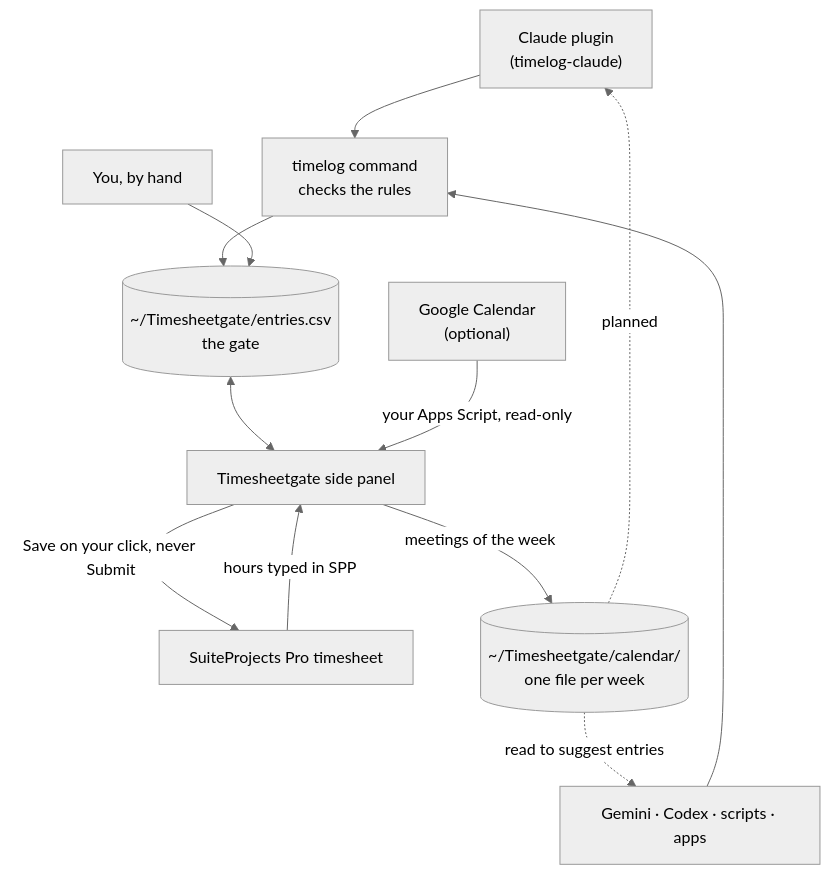
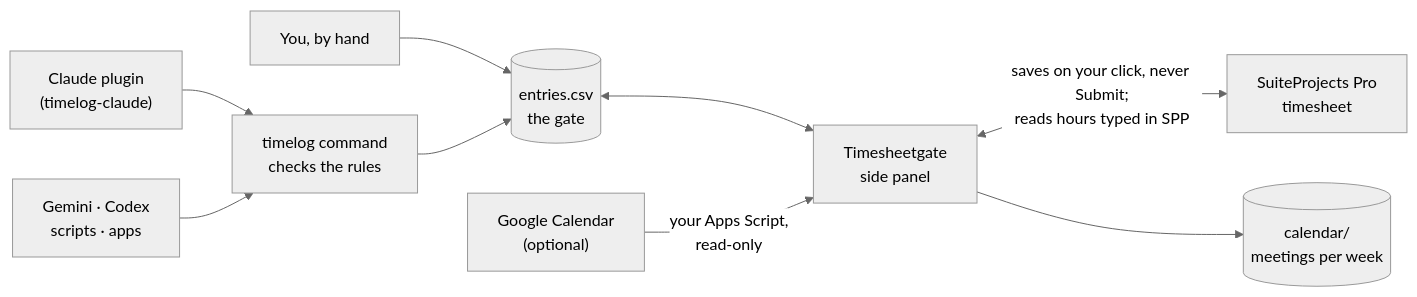
Before and after one commit to sedojj/timesheetgate: the diagram in README.md, drawn with Mermaid (neutral theme).

Commit message:
docs: README diagram left to right, one row from entries.csv to SPP
The added calendar edges had tangled the top-down layout.

````diff
--- a/README.md
+++ b/README.md
@@ -17,14 +17,11 @@
 ```mermaid
-flowchart TD
-  claude["Claude plugin<br/>(timelog-claude)"] --> cli
-  agents["Gemini · Codex · scripts · apps"] --> cli
-  cli["timelog command<br/>checks the rules"] --> file
+flowchart LR
+  claude["Claude plugin<br/>(timelog-claude)"] --> cli["timelog command<br/>checks the rules"]
+  agents["Gemini · Codex<br/>scripts · apps"] --> cli
   you["You, by hand"] --> file
-  file[("~/Timesheetgate/entries.csv<br/>the gate")] <--> panel["Timesheetgate side panel"]
-  panel -- "Save on your click, never Submit" --> spp["SuiteProjects Pro timesheet"]
-  spp -- "hours typed in SPP" --> panel
-  gcal["Google Calendar<br/>(optional)"] -- "your Apps Script, read-only" --> panel
-  panel -- "meetings of the week" --> cal[("~/Timesheetgate/calendar/<br/>one file per week")]
-  cal -. "read to suggest entries" .-> agents
-  cal -. "planned" .-> claude
+  cli --> file[("entries.csv<br/>the gate")]
+  file <--> panel["Timesheetgate<br/>side panel"]
+  panel <-- "saves on your click, never Submit;<br/>reads hours typed in SPP" --> spp["SuiteProjects Pro<br/>timesheet"]
+  gcal["Google Calendar<br/>(optional)"] -- "your Apps Script,<br/>read-only" --> panel
+  panel --> cal[("calendar/<br/>meetings per week")]
 ```
````
